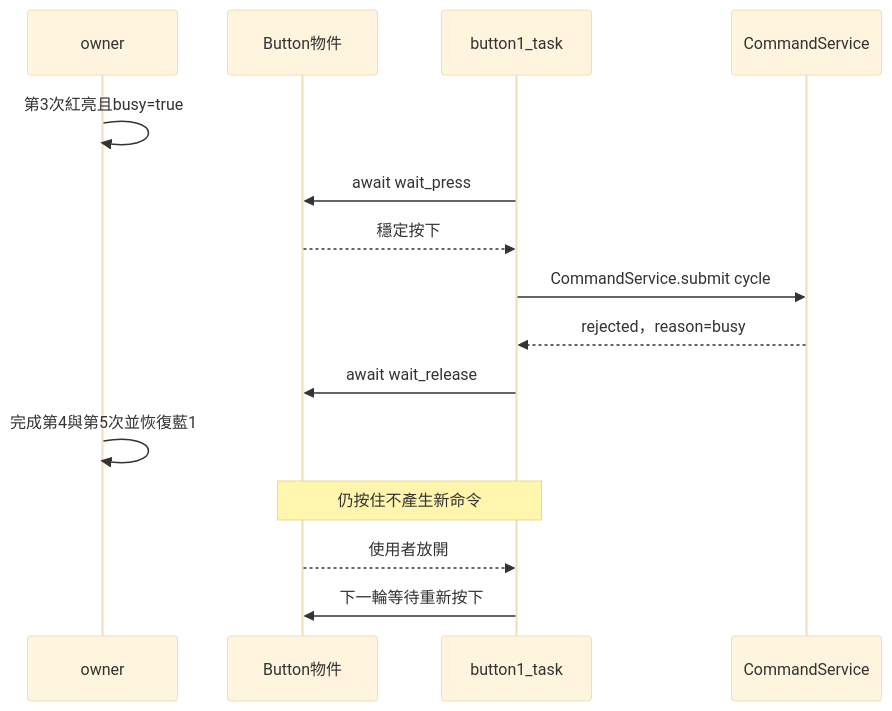
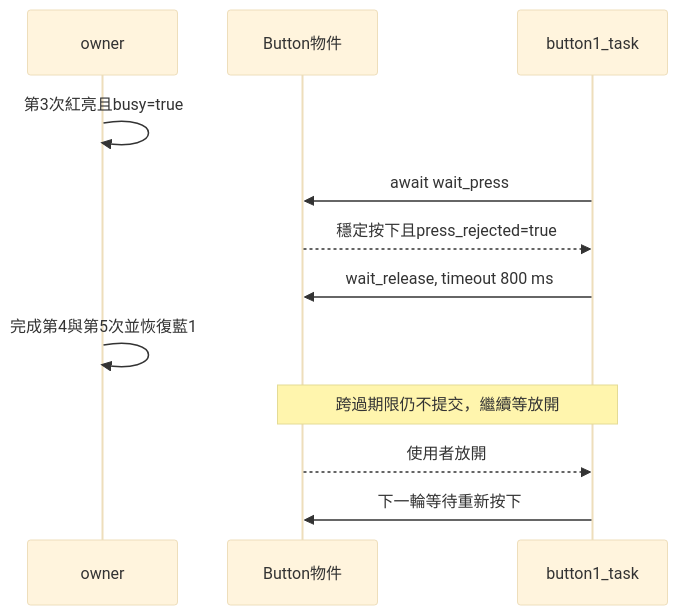
Diagram 11 of 21 in LED_SINGLE_OWNER_GUIDE.md (change918418-tech/IoT_Course), drawn with Mermaid (base theme) before and after one commit. The commit also changed other lines of this file and 15 other files, not shown here.

````diff
--- a/LED_SINGLE_OWNER_GUIDE.md
+++ b/LED_SINGLE_OWNER_GUIDE.md
@@ -662,17 +662,14 @@
 ```mermaid
 sequenceDiagram
     participant Owner as owner
     participant Input as Button物件
     participant Button as button1_task
-    participant Entry as CommandService
     Owner->>Owner: 第3次紅亮且busy=true
     Button->>Input: await wait_press
-    Input-->>Button: 穩定按下
-    Button->>Entry: CommandService.submit cycle
-    Entry-->>Button: rejected，reason=busy
-    Button->>Input: await wait_release
+    Input-->>Button: 穩定按下且press_rejected=true
+    Button->>Input: wait_release, timeout 800 ms
     Owner->>Owner: 完成第4與第5次並恢復藍1
-    Note over Button,Input: 仍按住不產生新命令
+    Note over Button,Input: 跨過期限仍不提交，繼續等放開
     Input-->>Button: 使用者放開
     Button->>Input: 下一輪等待重新按下
 ```
````
